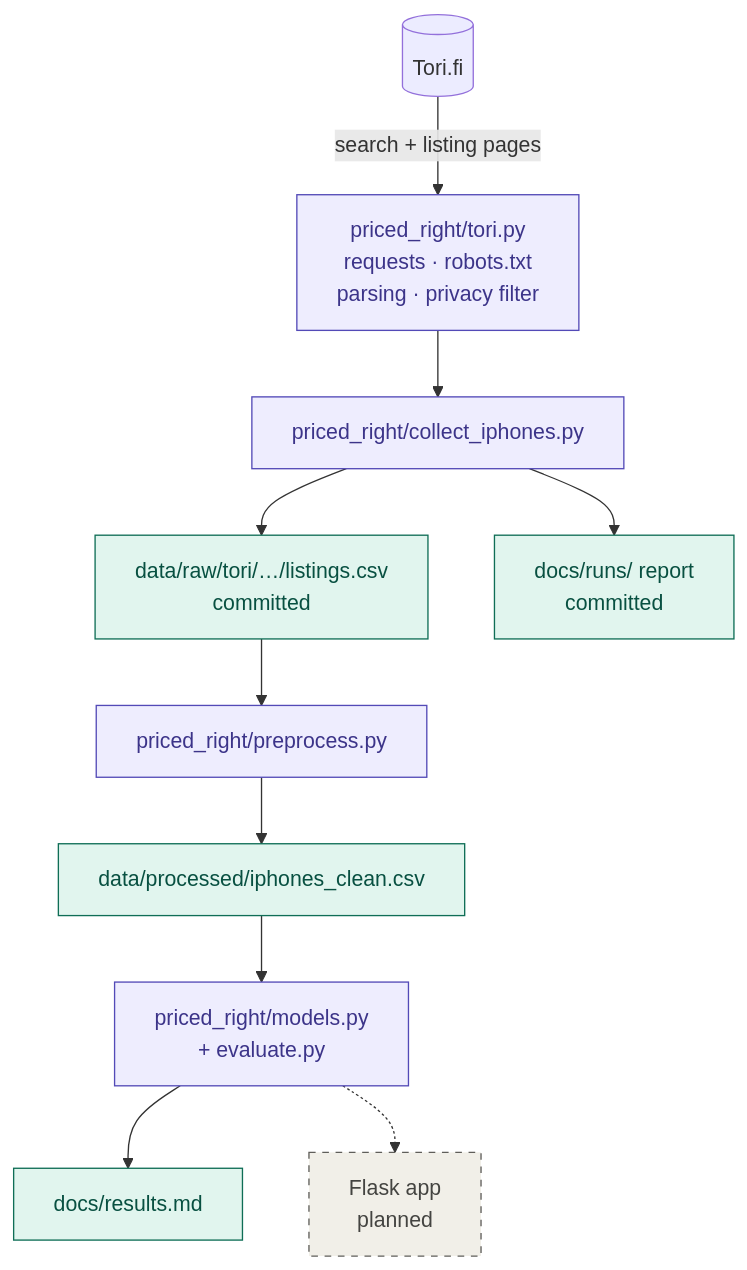
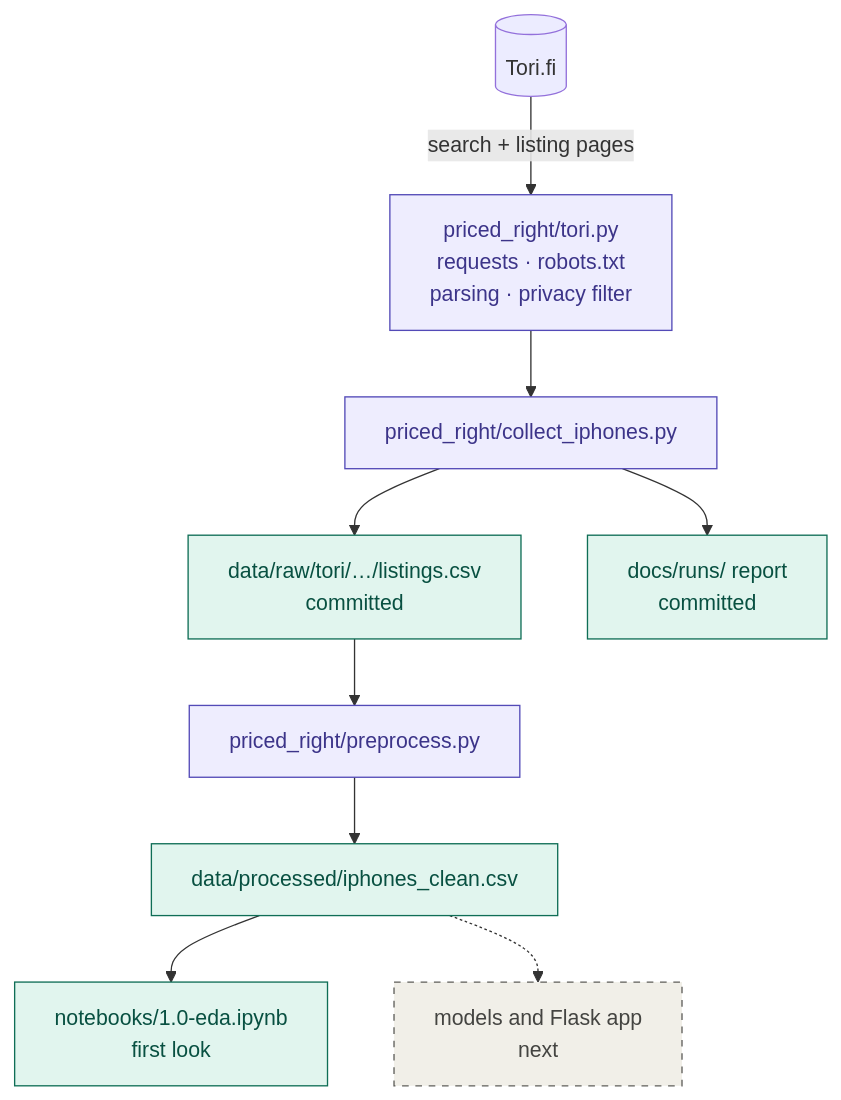
One commit to HashirSalam/priced-right changed the second of 2 diagrams in README.md. Above: the diagram before and after it, drawn with Mermaid. The commit also changed other lines of this file and 9 other files, not shown here.

First line of the commit message:
Step back to the first-look stage, keep the cleaning fixes (#5)

````diff
--- a/README.md
+++ b/README.md
@@ -169,19 +160,18 @@
 ```mermaid
 flowchart TB
     tori[("Tori.fi")] -->|search + listing pages| client["priced_right/tori.py<br/>requests · robots.txt<br/>parsing · privacy filter"]
     client --> collect["priced_right/collect_iphones.py"]
     collect --> raw["data/raw/tori/…/listings.csv<br/>committed"]
     collect --> reports["docs/runs/ report<br/>committed"]
     raw --> prep["priced_right/preprocess.py"]
     prep --> clean["data/processed/iphones_clean.csv"]
-    clean --> models["priced_right/models.py<br/>+ evaluate.py"]
-    models --> results["docs/results.md"]
-    models -.-> planned["Flask app<br/>planned"]
+    clean --> eda["notebooks/1.0-eda.ipynb<br/>first look"]
+    clean -.-> planned["models and Flask app<br/>next"]
 
     classDef code fill:#EEEDFE,stroke:#534AB7,color:#3C3489
     classDef data fill:#E1F5EE,stroke:#0F6E56,color:#085041
     classDef todo fill:#F1EFE8,stroke:#5F5E5A,color:#444441,stroke-dasharray: 5 5
-    class client,collect,prep,models code
-    class raw,reports,clean,results data
+    class client,collect,prep code
+    class raw,reports,clean,eda data
     class planned todo
 ```
````
